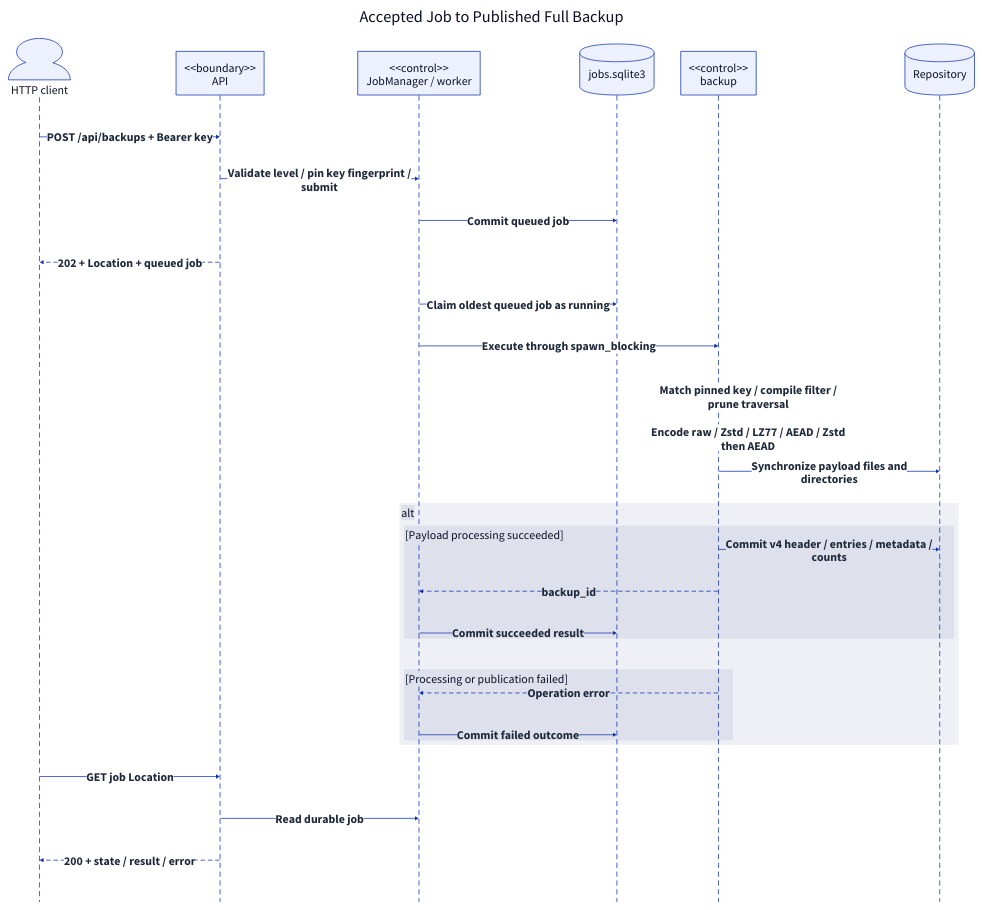
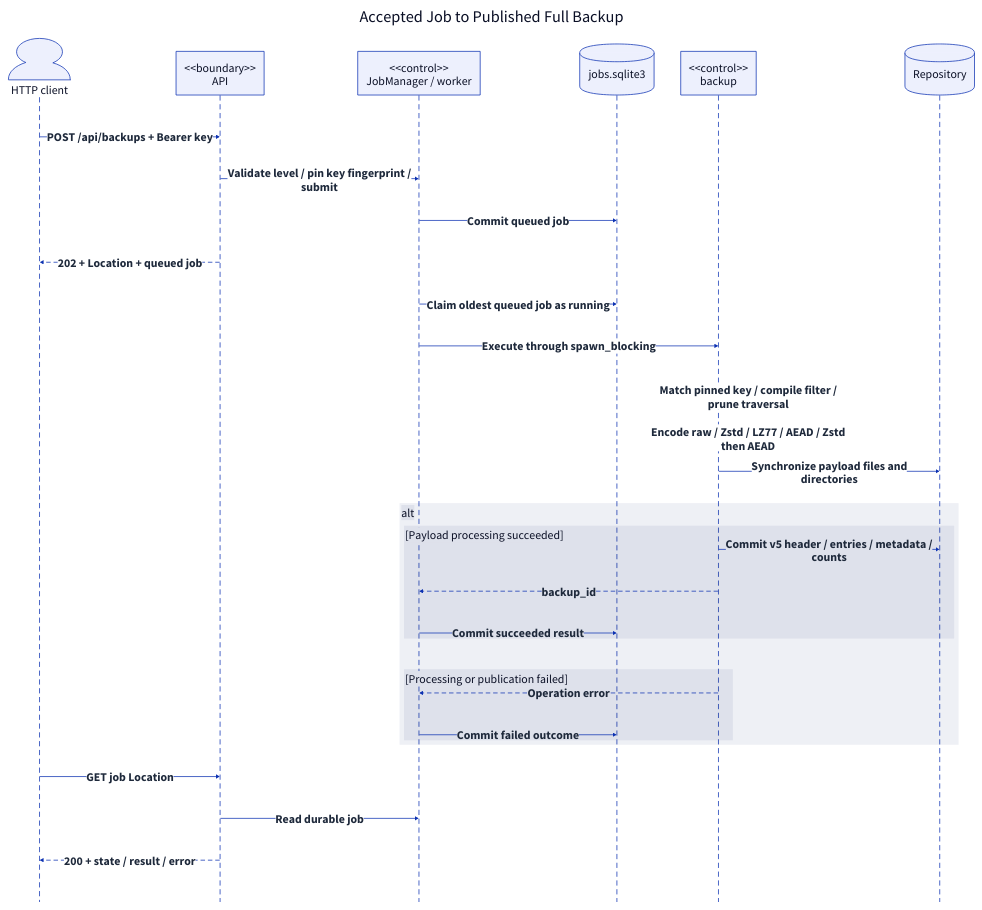
Before and after one commit to qi7876/software-development-exp: the diagram in docs/report/generated/system-sequence-backup.d2, drawn with D2. The commit also changed 33 other files, not shown here.

```diff
--- a/docs/report/generated/system-sequence-backup.d2
+++ b/docs/report/generated/system-sequence-backup.d2
@@ -1,41 +1,41 @@
 # Generated from docs/report/model.yaml; do not edit directly.
 direction: down
 **.style.font-size: 32
 (** -> **)[*].style: {font-size: 32; bold: true; italic: false; font-color: "#1E293B"}
 (** -- **)[*].style: {font-size: 32; bold: true; italic: false; font-color: "#1E293B"}
 (** <- **)[*].style: {font-size: 32; bold: true; italic: false; font-color: "#1E293B"}
 diagram: "Accepted Job to Published Full Backup" {
   style.font-size: 44
   style.fill: white
   style.stroke: transparent
   shape: sequence_diagram
   Client: "HTTP client" {shape: person}
   API: "<<boundary>>\nAPI" {shape: rectangle}
   Jobs: "<<control>>\nJobManager / worker" {shape: rectangle}
   DB: "jobs.sqlite3" {shape: cylinder}
   Backup: "<<control>>\nbackup" {shape: rectangle}
   Repo: "Repository" {shape: cylinder}
   Client -> API: "POST /api/backups + Bearer key"
   API -> Jobs: "Validate level / pin key fingerprint /\nsubmit"
   Jobs -> DB: "Commit queued job"
   API -> Client: "202 + Location + queued job" {style.stroke-dash: 5}
   Jobs -> DB: "Claim oldest queued job as running"
   Jobs -> Backup: "Execute through spawn_blocking"
   Backup -> Backup: "Match pinned key / compile filter /\nprune traversal"
   Backup -> Backup: "Encode raw / Zstd / LZ77 / AEAD / Zstd\nthen AEAD"
   Backup -> Repo: "Synchronize payload files and\ndirectories"
   fragment_9: alt {
     branch_9: "[Payload processing succeeded]" {
-      Backup -> Repo: "Commit v4 header / entries / metadata /\ncounts"
+      Backup -> Repo: "Commit v5 header / entries / metadata /\ncounts"
       Backup -> Jobs: "backup_id" {style.stroke-dash: 5}
       Jobs -> DB: "Commit succeeded result"
     }
     branch_13: "[Processing or publication failed]" {
       Backup -> Jobs: "Operation error" {style.stroke-dash: 5}
       Jobs -> DB: "Commit failed outcome"
     }
   }
   Client -> API: "GET job Location"
   API -> Jobs: "Read durable job"
   API -> Client: "200 + state / result / error" {style.stroke-dash: 5}
 }
```
